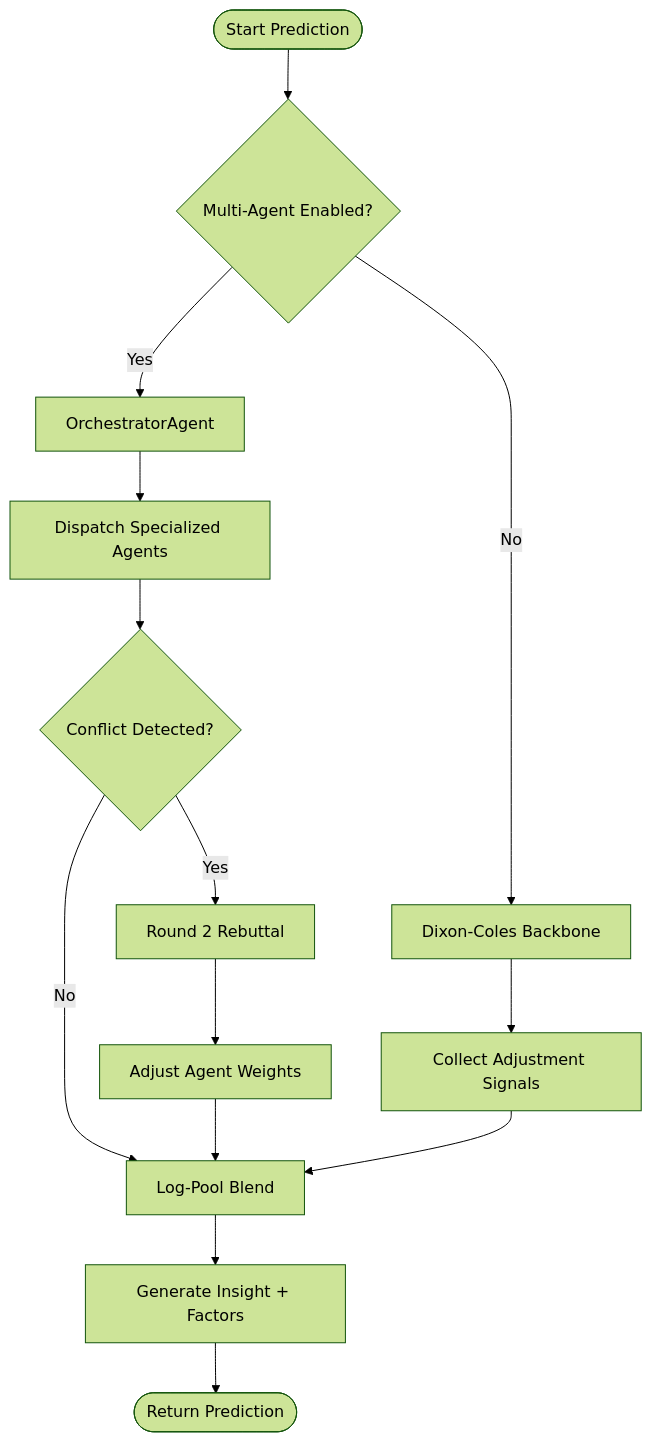
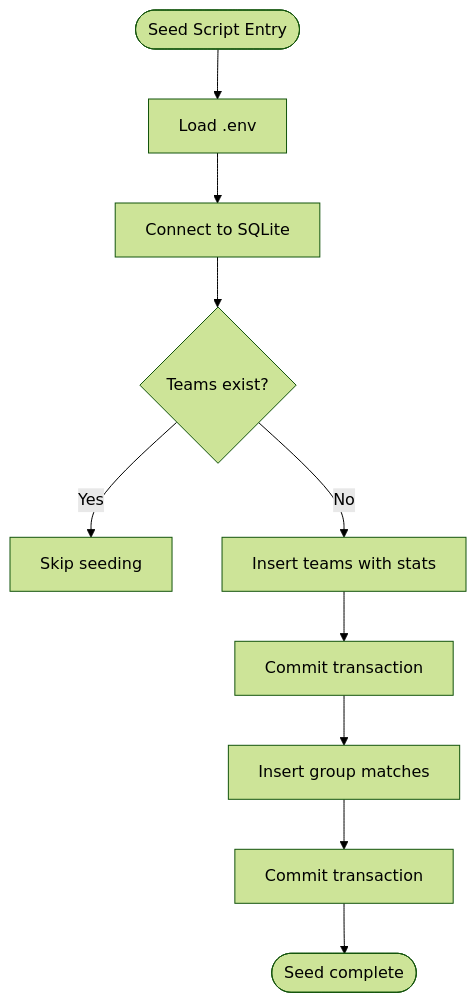
The fifth of 6 diagrams in .qoder/repowiki/en/content/Development Guidelines.md (cheesiong/WC26-qwen), drawn with Mermaid (forest theme) before and after one commit. The commit also changed other lines of this file and 181 other files, not shown here.

````diff
--- a/.qoder/repowiki/en/content/Development Guidelines.md
+++ b/.qoder/repowiki/en/content/Development Guidelines.md
@@ -141,16 +221,12 @@
 ```mermaid
 flowchart TD
-Start(["Start Prediction"]) --> Mode{"Multi-Agent Enabled?"}
-Mode --> |Yes| Orchestrator["OrchestratorAgent"]
-Mode --> |No| BackBone["Dixon-Coles Backbone"]
-Orchestrator --> Agents["Dispatch Specialized Agents"]
-Agents --> Conflict{"Conflict Detected?"}
-Conflict --> |Yes| Negotiate["Round 2 Rebuttal"]
-Conflict --> |No| Blend["Log-Pool Blend"]
-Negotiate --> AdjustWeights["Adjust Agent Weights"]
-AdjustWeights --> Blend
-BackBone --> Signals["Collect Adjustment Signals"]
-Signals --> Blend
-Blend --> Insight["Generate Insight + Factors"]
-Insight --> End(["Return Prediction"])
+SeedStart(["Seed Script Entry"]) --> LoadEnv["Load .env"]
+LoadEnv --> ConnectDB["Connect to SQLite"]
+ConnectDB --> CheckExisting{"Teams exist?"}
+CheckExisting --> |Yes| Skip["Skip seeding"]
+CheckExisting --> |No| InsertTeams["Insert teams with stats"]
+InsertTeams --> Commit1["Commit transaction"]
+Commit1 --> InsertMatches["Insert group matches"]
+InsertMatches --> Commit2["Commit transaction"]
+Commit2 --> Done(["Seed complete"])
 ```
````
